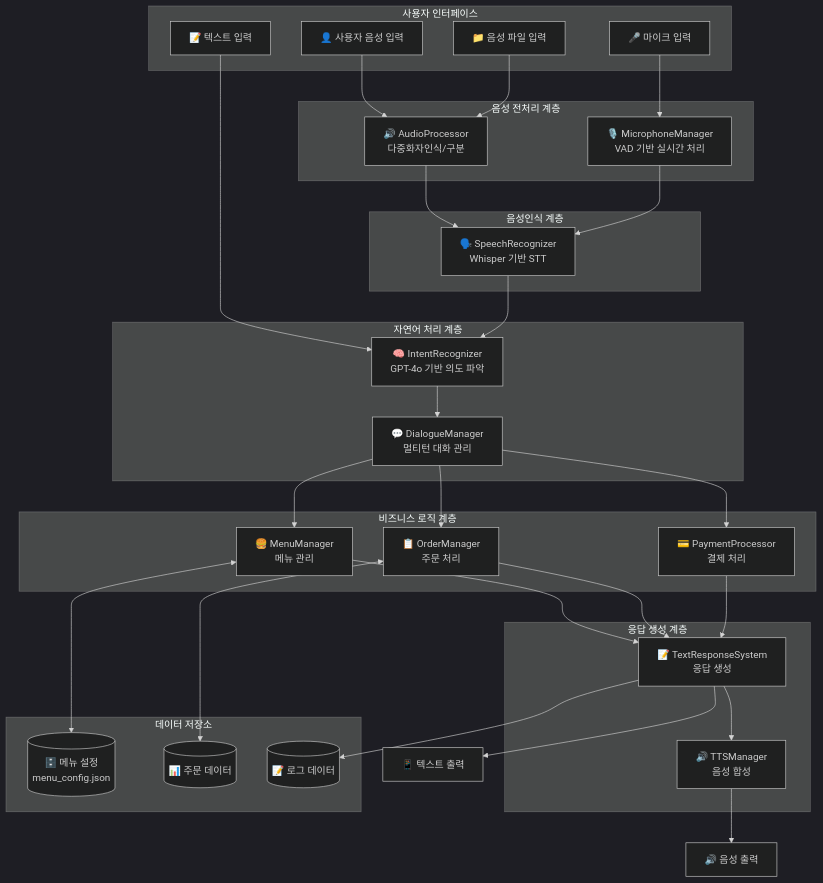
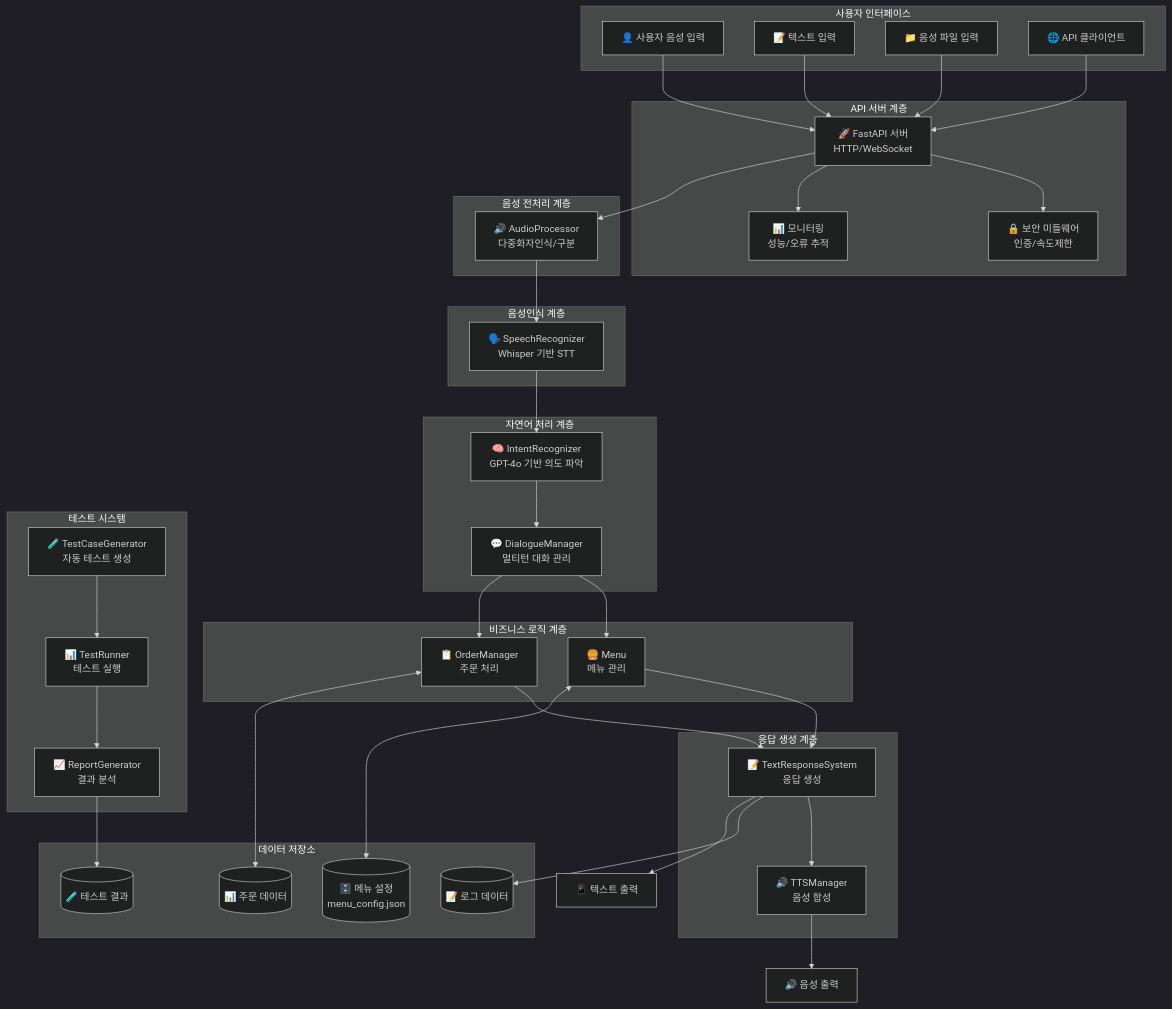
One commit to melpes/kiosk changed the first of 7 diagrams in architecture_diagrams.md. Above: the diagram before and after it, drawn with Mermaid (dark theme). The commit also changed other lines of this file, not shown here.

First line of the commit message:
Update architecture_diagrams.md

````diff
--- a/architecture_diagrams.md
+++ b/architecture_diagrams.md
@@ -5,65 +5,81 @@
 ```mermaid
 graph TB
     subgraph "사용자 인터페이스"
         A[👤 사용자 음성 입력]
-        B[🎤 마이크 입력]
-        C[📝 텍스트 입력]
-        D[📁 음성 파일 입력]
+        B[📝 텍스트 입력]
+        C[📁 음성 파일 입력]
+        D[🌐 API 클라이언트]
+    end
+    
+    subgraph "API 서버 계층"
+        E[🚀 FastAPI 서버<br/>HTTP/WebSocket]
+        F[🔒 보안 미들웨어<br/>인증/속도제한]
+        G[📊 모니터링<br/>성능/오류 추적]
     end
     
     subgraph "음성 전처리 계층"
-        E[🔊 AudioProcessor<br/>다중화자인식/구분]
-        F[🎙️ MicrophoneManager<br/>VAD 기반 실시간 처리]
+        H[🔊 AudioProcessor<br/>다중화자인식/구분]
     end
     
     subgraph "음성인식 계층"
-        G[🗣️ SpeechRecognizer<br/>Whisper 기반 STT]
+        I[🗣️ SpeechRecognizer<br/>Whisper 기반 STT]
     end
     
     subgraph "자연어 처리 계층"
-        H[🧠 IntentRecognizer<br/>GPT-4o 기반 의도 파악]
-        I[💬 DialogueManager<br/>멀티턴 대화 관리]
+        J[🧠 IntentRecognizer<br/>GPT-4o 기반 의도 파악]
+        K[💬 DialogueManager<br/>멀티턴 대화 관리]
     end
     
     subgraph "비즈니스 로직 계층"
-        J[🍔 MenuManager<br/>메뉴 관리]
-        K[📋 OrderManager<br/>주문 처리]
-        L[💳 PaymentProcessor<br/>결제 처리]
+        L[🍔 Menu<br/>메뉴 관리]
+        M[📋 OrderManager<br/>주문 처리]
     end
     
     subgraph "응답 생성 계층"
-        M[📝 TextResponseSystem<br/>응답 생성]
-        N[🔊 TTSManager<br/>음성 합성]
+        N[📝 TextResponseSystem<br/>응답 생성]
+        O[🔊 TTSManager<br/>음성 합성]
+    end
+    
+    subgraph "테스트 시스템"
+        P[🧪 TestCaseGenerator<br/>자동 테스트 생성]
+        Q[📊 TestRunner<br/>테스트 실행]
+        R[📈 ReportGenerator<br/>결과 분석]
     end
     
     subgraph "데이터 저장소"
-        O[(🗄️ 메뉴 설정<br/>menu_config.json)]
-        P[(📊 주문 데이터)]
-        Q[(📝 로그 데이터)]
+        S[(🗄️ 메뉴 설정<br/>menu_config.json)]
+        T[(📊 주문 데이터)]
+        U[(📝 로그 데이터)]
+        V[(🧪 테스트 결과)]
     end
     
     A --> E
-    B --> F
-    C --> H
+    B --> E
+    C --> E
     D --> E
     
+    E --> F
     E --> G
-    F --> G
-    G --> H
+    E --> H
+    
     H --> I
     I --> J
-    I --> K
-    I --> L
+    J --> K
+    K --> L
+    K --> M
     
-    J --> M
-    K --> M
-    L --> M
+    L --> N
     M --> N
+    N --> O
     
-    J <--> O
-    K <--> P
-    M --> Q
+    P --> Q
+    Q --> R
     
-    N --> R[🔊 음성 출력]
-    M --> S[📱 텍스트 출력]
+    L <--> S
+    M <--> T
+    N --> U
+    R --> V
+    
+    O --> W[🔊 음성 출력]
+    N --> X[📱 텍스트 출력]
 ```
````
